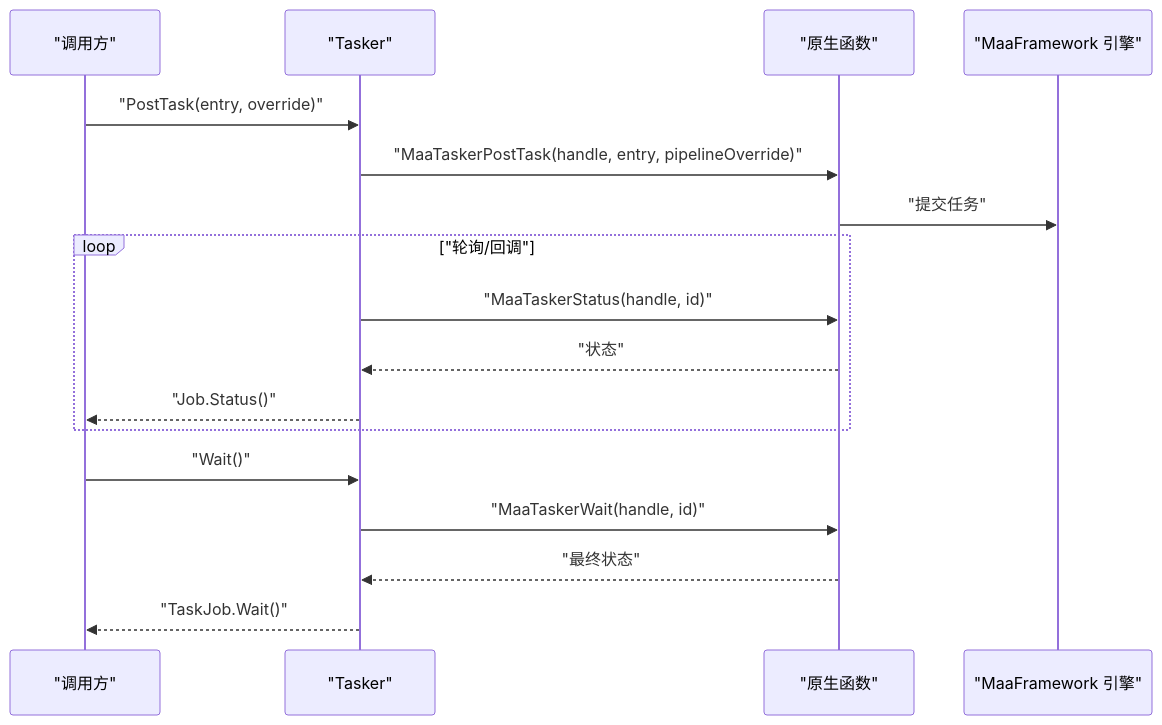
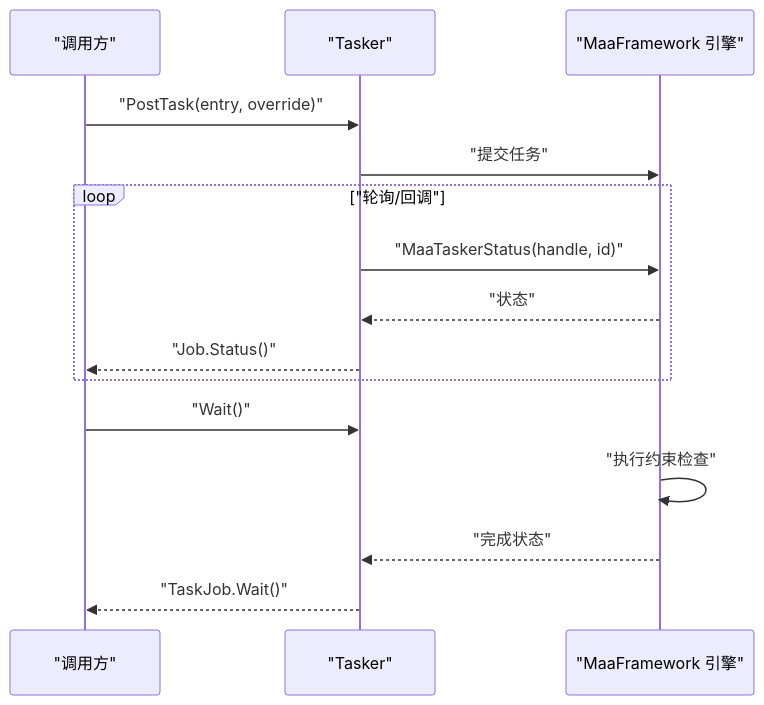
One commit to kqcoxn/MaaPipelineEditor changed the second of 3 diagrams in instructions/maafw-golang-binding/高级功能/流水线配置/流程控制机制/执行约束配置.md. Above: the diagram before and after it, drawn with Mermaid. The commit also changed other lines of this file and 6 other files, not shown here.

````diff
--- a/instructions/maafw-golang-binding/高级功能/流水线配置/流程控制机制/执行约束配置.md
+++ b/instructions/maafw-golang-binding/高级功能/流水线配置/流程控制机制/执行约束配置.md
@@ -138,19 +164,17 @@
 ```mermaid
 sequenceDiagram
 participant Client as "调用方"
 participant Tasker as "Tasker"
-participant Native as "原生函数"
 participant Engine as "MaaFramework 引擎"
 Client->>Tasker : "PostTask(entry, override)"
-Tasker->>Native : "MaaTaskerPostTask(handle, entry, pipelineOverride)"
-Native->>Engine : "提交任务"
+Tasker->>Engine : "提交任务"
 loop "轮询/回调"
-Tasker->>Native : "MaaTaskerStatus(handle, id)"
-Native-->>Tasker : "状态"
+Tasker->>Engine : "MaaTaskerStatus(handle, id)"
+Engine-->>Tasker : "状态"
 Tasker-->>Client : "Job.Status()"
 end
 Client->>Tasker : "Wait()"
-Tasker->>Native : "MaaTaskerWait(handle, id)"
-Native-->>Tasker : "最终状态"
+Engine->>Engine : "执行约束检查"
+Engine-->>Tasker : "完成状态"
 Tasker-->>Client : "TaskJob.Wait()"
 ```
````
